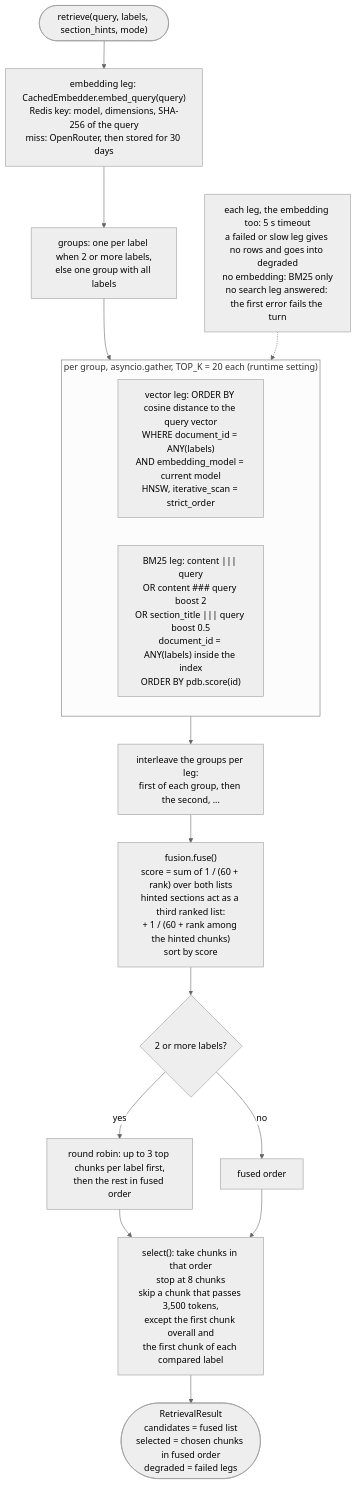
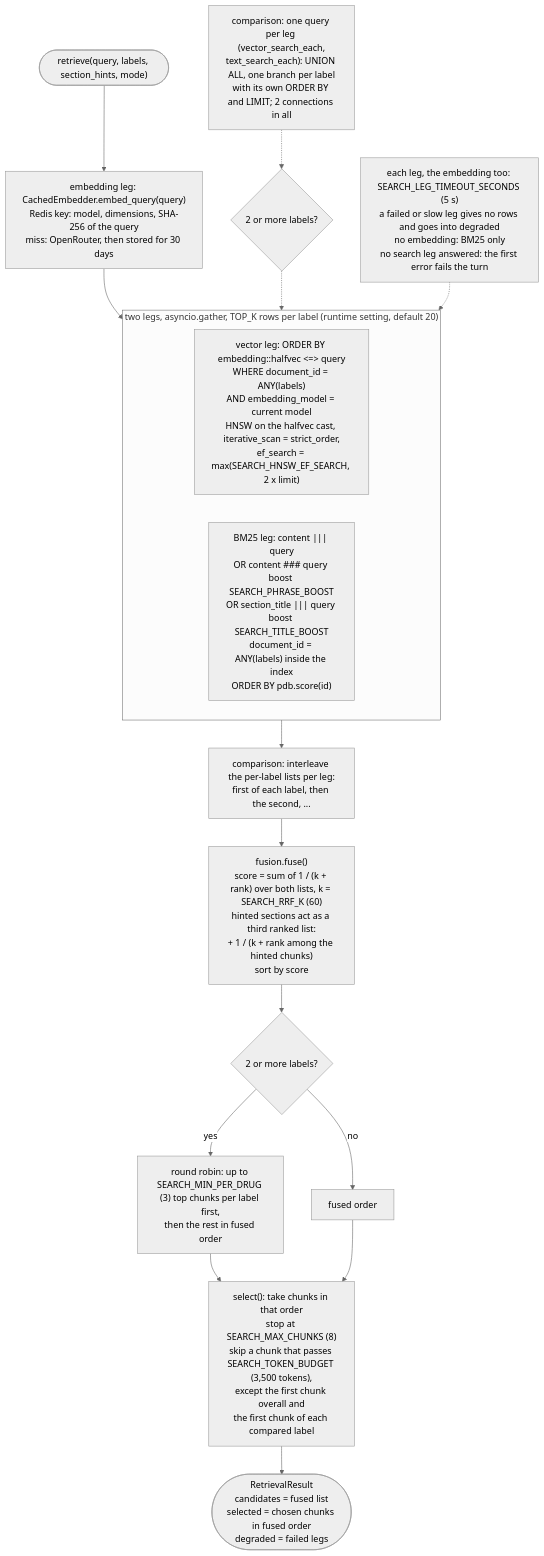
One commit to G-MAKROGLOU/docuchat changed the third of 3 diagrams in docs/diagrams/retrieval.md. Above: the diagram before and after it, drawn with Mermaid (neutral theme). The commit also changed 3 other files, not shown here.

Commit message:
docs: record golden run 3, the clean clone test and the new search diagram

````diff
--- a/docs/diagrams/retrieval.md
+++ b/docs/diagrams/retrieval.md
@@ -65,26 +65,27 @@
 ```mermaid
 flowchart TD
     call(["retrieve(query, labels, section_hints, mode)"]) --> emb
 
     emb["embedding leg: CachedEmbedder.embed_query(query)<br/>Redis key: model, dimensions, SHA-256 of the query<br/>miss: OpenRouter, then stored for 30 days"]
-    emb --> groups["groups: one per label when 2 or more labels,<br/>else one group with all labels"]
+    emb --> legs
 
-    subgraph per["per group, asyncio.gather, TOP_K = 20 each (runtime setting)"]
-        vec["vector leg: ORDER BY cosine distance to the query vector<br/>WHERE document_id = ANY(labels)<br/>AND embedding_model = current model<br/>HNSW, iterative_scan = strict_order"]
-        bm["BM25 leg: content ||| query<br/>OR content ### query boost 2<br/>OR section_title ||| query boost 0.5<br/>document_id = ANY(labels) inside the index<br/>ORDER BY pdb.score(id)"]
+    subgraph legs["two legs, asyncio.gather, TOP_K rows per label (runtime setting, default 20)"]
+        vec["vector leg: ORDER BY embedding::halfvec <=> query<br/>WHERE document_id = ANY(labels)<br/>AND embedding_model = current model<br/>HNSW on the halfvec cast, iterative_scan = strict_order,<br/>ef_search = max(SEARCH_HNSW_EF_SEARCH, 2 x limit)"]
+        bm["BM25 leg: content ||| query<br/>OR content ### query boost SEARCH_PHRASE_BOOST<br/>OR section_title ||| query boost SEARCH_TITLE_BOOST<br/>document_id = ANY(labels) inside the index<br/>ORDER BY pdb.score(id)"]
     end
-    groups --> per
+    cmpq{"2 or more labels?"} -.-> legs
+    note2["comparison: one query per leg (vector_search_each,<br/>text_search_each): UNION ALL, one branch per label<br/>with its own ORDER BY and LIMIT; 2 connections in all"] -.-> cmpq
 
-    note1["each leg, the embedding too: 5 s timeout<br/>a failed or slow leg gives no rows and goes into degraded<br/>no embedding: BM25 only<br/>no search leg answered: the first error fails the turn"] -.-> per
+    note1["each leg, the embedding too: SEARCH_LEG_TIMEOUT_SECONDS (5 s)<br/>a failed or slow leg gives no rows and goes into degraded<br/>no embedding: BM25 only<br/>no search leg answered: the first error fails the turn"] -.-> legs
 
-    per --> inter["interleave the groups per leg:<br/>first of each group, then the second, ..."]
-    inter --> fuse["fusion.fuse()<br/>score = sum of 1 / (60 + rank) over both lists<br/>hinted sections act as a third ranked list:<br/>+ 1 / (60 + rank among the hinted chunks)<br/>sort by score"]
+    legs --> inter["comparison: interleave the per-label lists per leg:<br/>first of each label, then the second, ..."]
+    inter --> fuse["fusion.fuse()<br/>score = sum of 1 / (k + rank) over both lists, k = SEARCH_RRF_K (60)<br/>hinted sections act as a third ranked list:<br/>+ 1 / (k + rank among the hinted chunks)<br/>sort by score"]
     fuse --> cmp{"2 or more labels?"}
-    cmp -->|yes| rr["round robin: up to 3 top chunks per label first,<br/>then the rest in fused order"]
+    cmp -->|yes| rr["round robin: up to SEARCH_MIN_PER_DRUG (3) top chunks per label first,<br/>then the rest in fused order"]
     cmp -->|no| order["fused order"]
     rr --> budget
     order --> budget
 
-    budget["select(): take chunks in that order<br/>stop at 8 chunks<br/>skip a chunk that passes 3,500 tokens,<br/>except the first chunk overall and<br/>the first chunk of each compared label"]
+    budget["select(): take chunks in that order<br/>stop at SEARCH_MAX_CHUNKS (8)<br/>skip a chunk that passes SEARCH_TOKEN_BUDGET (3,500 tokens),<br/>except the first chunk overall and<br/>the first chunk of each compared label"]
     budget --> out(["RetrievalResult<br/>candidates = fused list<br/>selected = chosen chunks in fused order<br/>degraded = failed legs"])
 ```
````
